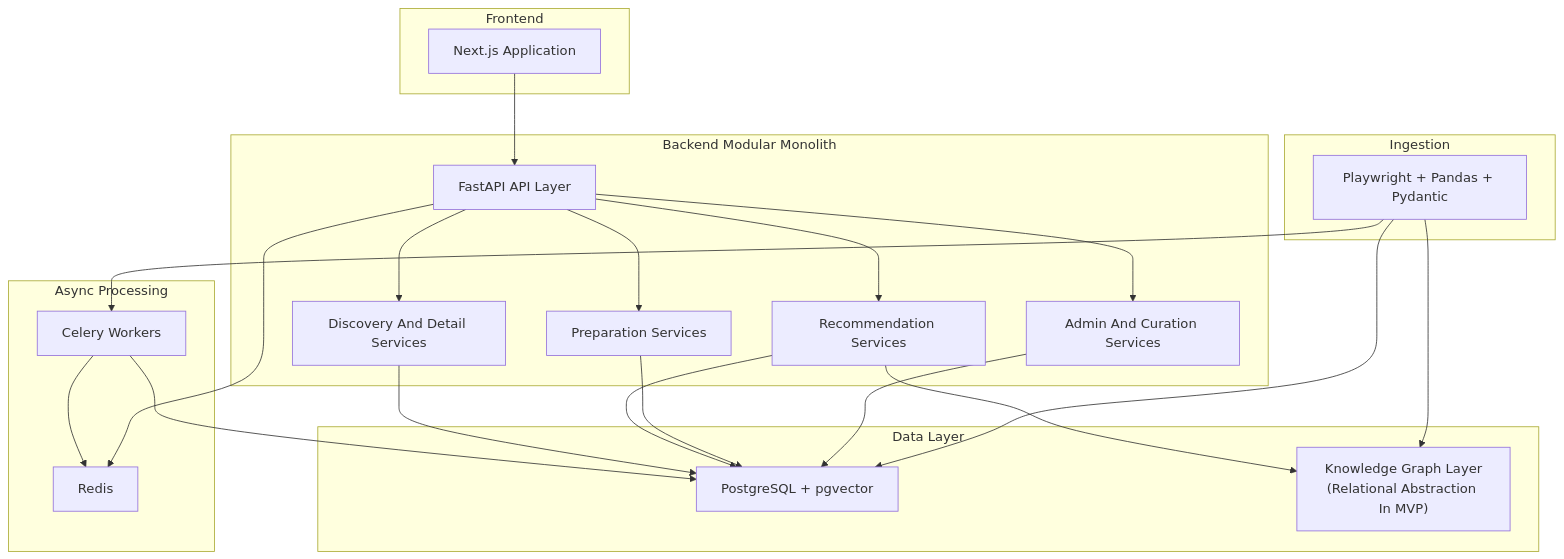
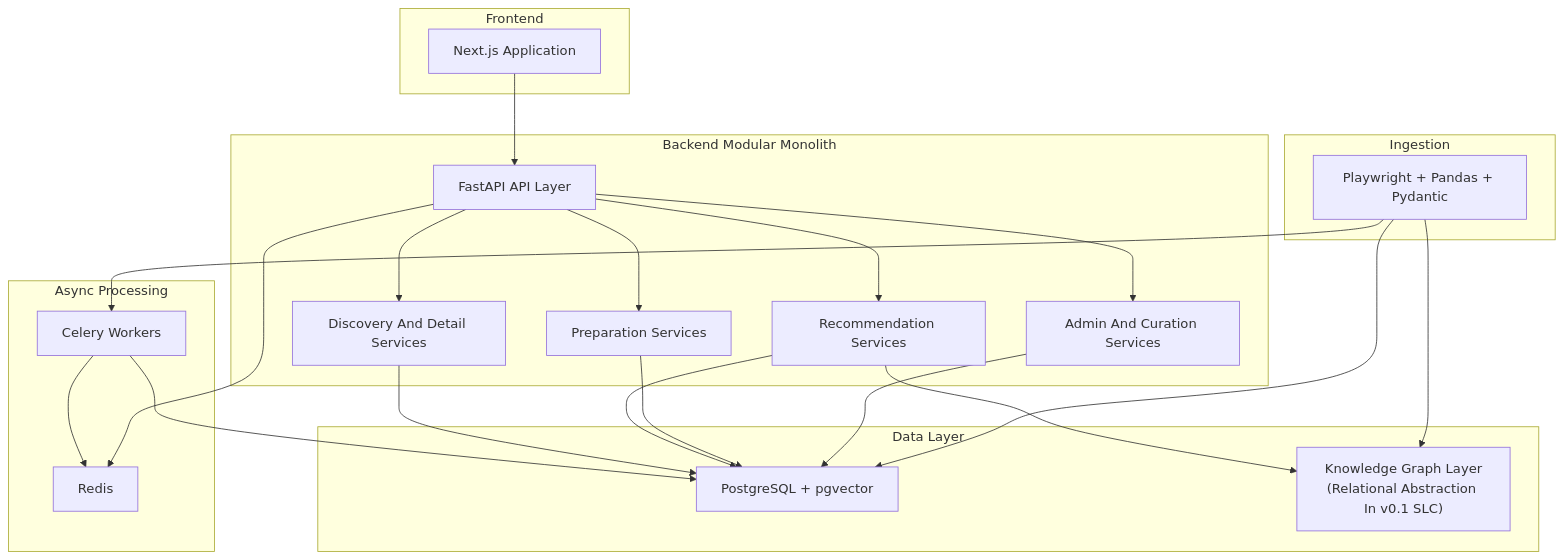
One commit to HaiderNaqvi-5/scholarai-platform changed the first of 3 diagrams in docs/scholarai/05_system_architecture.md. Above: the diagram before and after it, drawn with Mermaid. The commit also changed other lines of this file and 68 other files, not shown here.

````diff
--- a/docs/scholarai/05_system_architecture.md
+++ b/docs/scholarai/05_system_architecture.md
@@ -25,45 +25,45 @@
 ```mermaid
 graph TB
     subgraph FE["Frontend"]
         WEB["Next.js Application"]
     end
 
     subgraph BE["Backend Modular Monolith"]
         API["FastAPI API Layer"]
         DISC["Discovery And Detail Services"]
         REC["Recommendation Services"]
         PREP["Preparation Services"]
         ADMIN["Admin And Curation Services"]
     end
 
     subgraph JOBS["Async Processing"]
         CEL["Celery Workers"]
         REDIS["Redis"]
     end
 
     subgraph DATA["Data Layer"]
         PG["PostgreSQL + pgvector"]
-        KG["Knowledge Graph Layer\n(Relational Abstraction In MVP)"]
+        KG["Knowledge Graph Layer\n(Relational Abstraction In v0.1 SLC)"]
     end
 
     subgraph ING["Ingestion"]
         SCRAPE["Playwright + Pandas + Pydantic"]
     end
 
     WEB --> API
     API --> DISC
     API --> REC
     API --> PREP
     API --> ADMIN
     DISC --> PG
     REC --> PG
     REC --> KG
     PREP --> PG
     ADMIN --> PG
     CEL --> REDIS
     API --> REDIS
     CEL --> PG
     SCRAPE --> CEL
     SCRAPE --> PG
     SCRAPE --> KG
 ```
````
